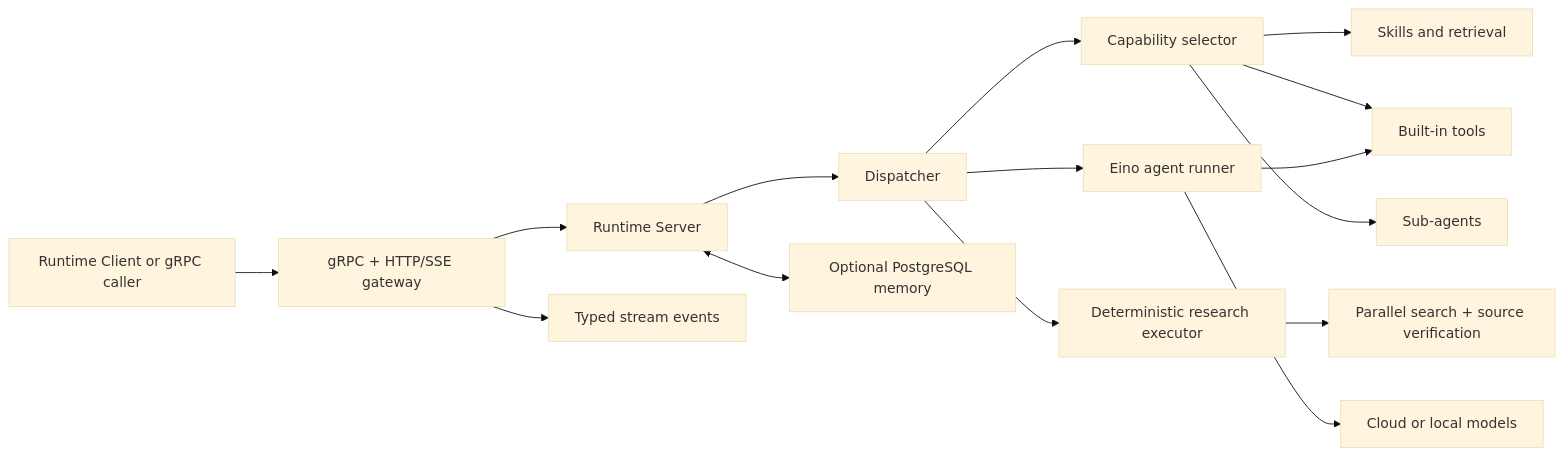
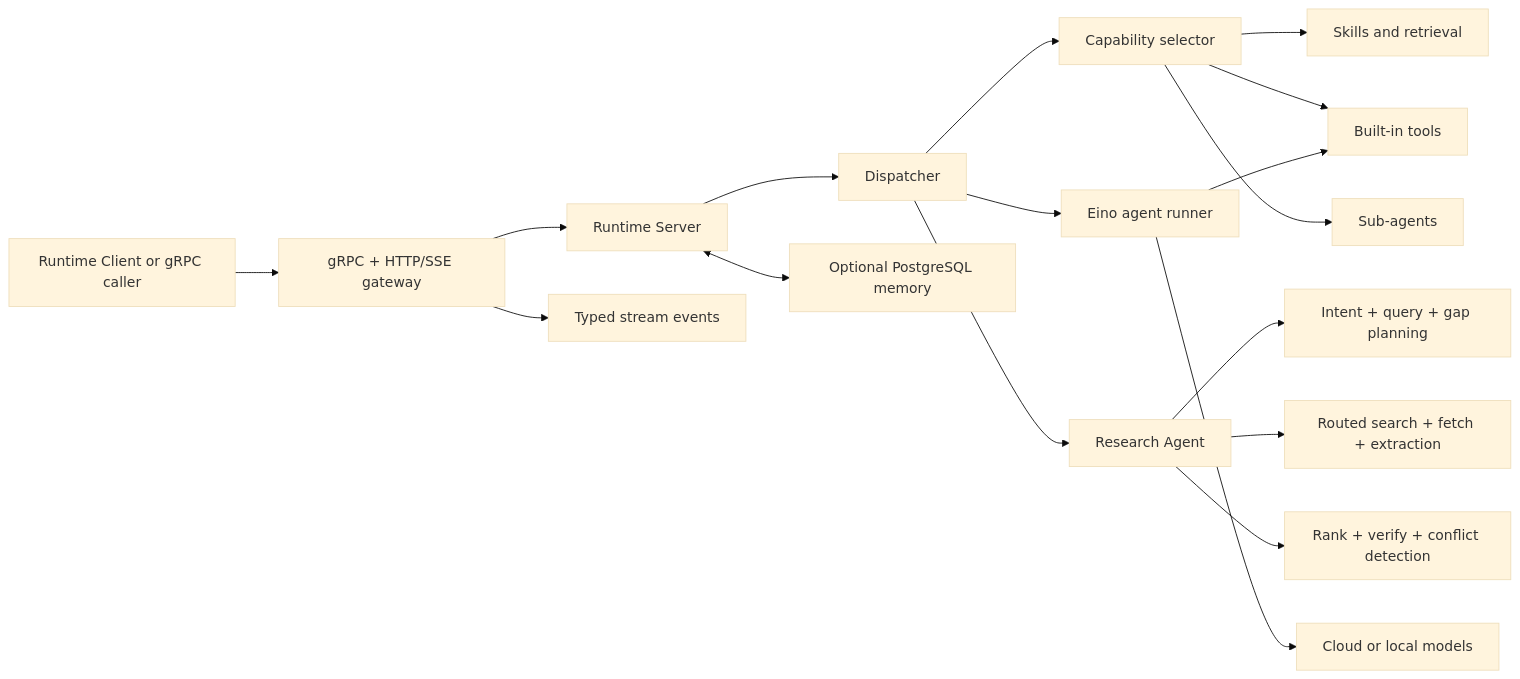
The diagram in README.md (good-fish-man/agent-runtime), drawn with Mermaid (base theme) before and after one commit. The commit also changed other lines of this file and 87 other files, not shown here.

````diff
--- a/README.md
+++ b/README.md
@@ -26,17 +34,19 @@
 ```mermaid
 flowchart LR
     Client["Runtime Client or gRPC caller"] --> Transport["gRPC + HTTP/SSE gateway"]
     Transport --> Server["Runtime Server"]
     Server --> Dispatcher["Dispatcher"]
     Dispatcher --> Selector["Capability selector"]
-    Dispatcher --> Research["Deterministic research executor"]
-    Research --> Web["Parallel search + source verification"]
+    Dispatcher --> Research["Research Agent"]
+    Research --> Decision["Intent + query + gap planning"]
+    Research --> Search["Routed search + fetch + extraction"]
+    Research --> Evidence["Rank + verify + conflict detection"]
     Selector --> Skills["Skills and retrieval"]
     Selector --> Tools["Built-in tools"]
     Selector --> SubAgents["Sub-agents"]
     Dispatcher --> Eino["Eino agent runner"]
     Eino --> Models["Cloud or local models"]
     Eino --> Tools
     Server <--> Memory["Optional PostgreSQL memory"]
     Transport --> Stream["Typed stream events"]
 ```
````
